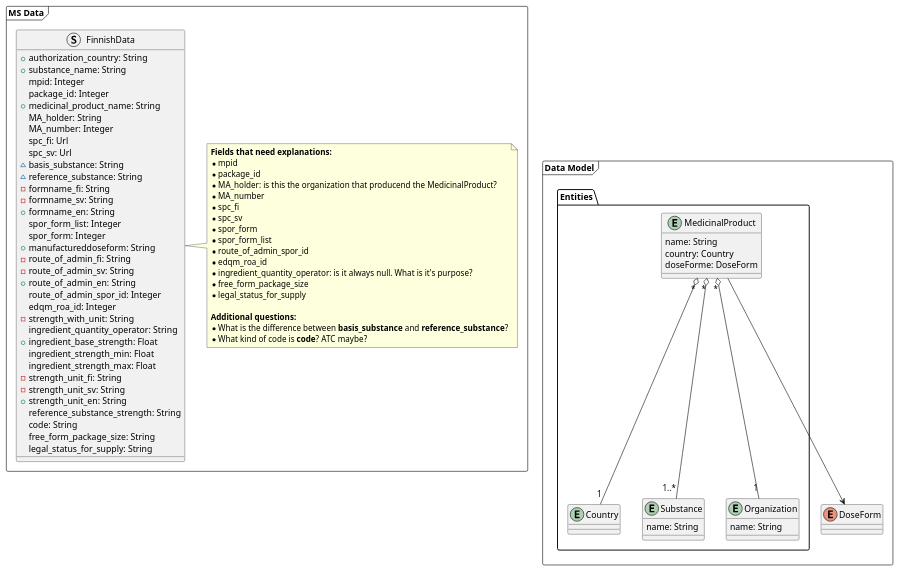
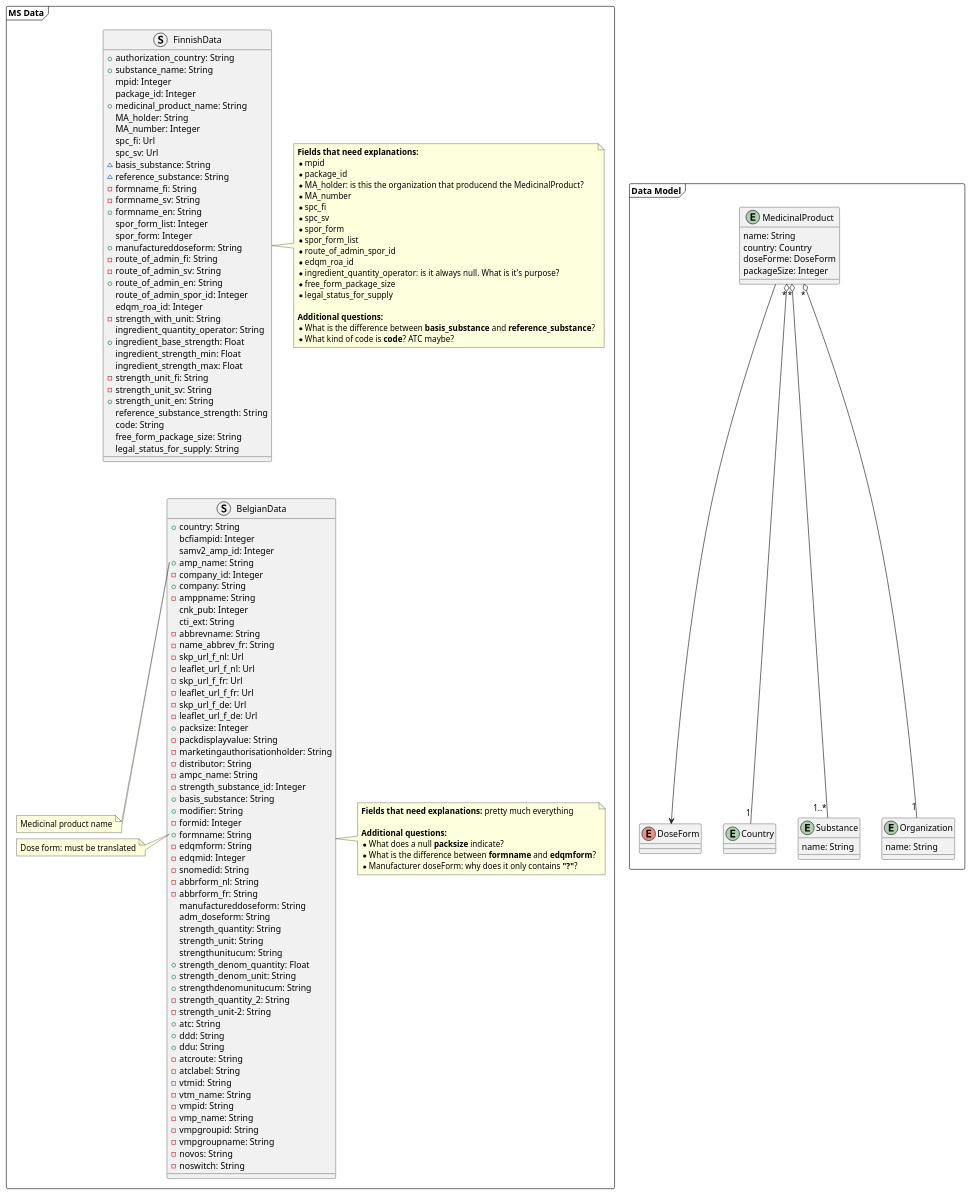
One commit to unicom-project-eu/wp6-db-api changed the diagram in uml/datamodel.puml. Above: the diagram before and after it, drawn with PlantUML. The commit also changed 1 other file, not shown here.

Commit message:
Added notes on Belgian data

```diff
--- a/uml/datamodel.puml
+++ b/uml/datamodel.puml
@@ -2,88 +2,164 @@
 @startuml
 package "MS Data" <<frame>> {
     struct FinnishData {
         + authorization_country: String
         + substance_name: String
         mpid: Integer
         package_id: Integer
         + medicinal_product_name: String
         MA_holder: String
         MA_number: Integer
         spc_fi: Url
         spc_sv: Url
         ~ basis_substance: String
         ~ reference_substance: String
         - formname_fi: String
         - formname_sv: String
         + formname_en: String
         spor_form_list: Integer
         spor_form: Integer
         + manufactureddoseform: String
         - route_of_admin_fi: String
         - route_of_admin_sv: String
         + route_of_admin_en: String
         route_of_admin_spor_id: Integer
         edqm_roa_id: Integer
         - strength_with_unit: String
         ingredient_quantity_operator: String
         + ingredient_base_strength: Float
         ingredient_strength_min: Float
         ingredient_strength_max: Float
         - strength_unit_fi: String
         - strength_unit_sv: String
         + strength_unit_en: String
         reference_substance_strength: String
         code: String
         free_form_package_size: String
         legal_status_for_supply: String
     }
 
-    note right of FinnishData
+    note right of FinnishData {
         **Fields that need explanations:**
         * mpid
         * package_id
         * MA_holder: is this the organization that producend the MedicinalProduct?
         * MA_number
         * spc_fi
         * spc_sv
         * spor_form
         * spor_form_list
         * route_of_admin_spor_id
         * edqm_roa_id
         * ingredient_quantity_operator: is it always null. What is it's purpose?
         * free_form_package_size
         * legal_status_for_supply
 
         **Additional questions:**
         * What is the difference between **basis_substance** and **reference_substance**?
         * What kind of code is **code**? ATC maybe?
-    end note
+    }
+
+    struct BelgianData {
+        + country: String
+        bcfiampid: Integer
+        samv2_amp_id: Integer
+        + amp_name: String
+        - company_id: Integer
+        + company: String
+        - amppname: String
+        cnk_pub: Integer
+        cti_ext: String
+        - abbrevname: String
+        - name_abbrev_fr: String
+        - skp_url_f_nl: Url
+        - leaflet_url_f_nl: Url
+        - skp_url_f_fr: Url
+        - leaflet_url_f_fr: Url
+        - skp_url_f_de: Url
+        - leaflet_url_f_de: Url
+        + packsize: Integer
+        - packdisplayvalue: String
+        - marketingauthorisationholder: String
+        - distributor: String
+        - ampc_name: String
+        - strength_substance_id: Integer
+        + basis_substance: String
+        + modifier: String
+        - formid: Integer
+        + formname: String
+        - edqmform: String
+        - edqmid: Integer
+        - snomedid: String
+        - abbrform_nl: String
+        - abbrform_fr: String
+        manufactureddoseform: String
+        adm_doseform: String
+        strength_quantity: String
+        strength_unit: String
+        strengthunitucum: String
+        + strength_denom_quantity: Float
+        + strength_denom_unit: String
+        + strengthdenomunitucum: String
+        - strength_quantity_2: String
+        - strength_unit-2: String
+        + atc: String
+        + ddd: String
+        + ddu: String
+        - atcroute: String
+        - atclabel: String
+        - vtmid: String
+        - vtm_name: String
+        - vmpid: String
+        - vmp_name: String
+        - vmpgroupid: String
+        - vmpgroupname: String
+        - novos: String
+        - noswitch: String
+    }
+
+    note left of BelgianData::amp_name {
+        Medicinal product name
+    }
+
+    note left of BelgianData::formname {
+        Dose form: must be translated
+    }
+
+    note right of BelgianData {
+        **Fields that need explanations:** pretty much everything
+
+        **Additional questions:**
+        * What does a null **packsize** indicate?
+        * What is the difference between **formname** and **edqmform**?
+        * Manufacturer doseForm: why does it only contains **"?"**?
+    }
+
+    FinnishData -[hidden]-> BelgianData
 }
 
 package "Data Model" <<frame>> {
     enum DoseForm {}
 
-    package Entities {
-        entity Country {}
+    entity Country {}
 
-        entity Substance {
-            name: String
-        }
+    entity Substance {
+        name: String
+    }
 
-        entity MedicinalProduct {
-            name: String
-            country: Country
-            doseForme: DoseForm
-        }
+    entity MedicinalProduct {
+        name: String
+        country: Country
+        doseForme: DoseForm
+        packageSize: Integer
+    }
 
-        entity Organization {
-            name: String
-        }
+    entity Organization {
+        name: String
+    }
 
-        MedicinalProduct --> DoseForm
-        MedicinalProduct "*" o-- "1" Country
-        MedicinalProduct "*" o-- "1" Organization
-        MedicinalProduct "*" o-- "1..*" Substance
-    }
+    MedicinalProduct --> DoseForm
+    MedicinalProduct "*" o-- "1" Country
+    MedicinalProduct "*" o-- "1" Organization
+    MedicinalProduct "*" o-- "1..*" Substance
 }
 @enduml
```
